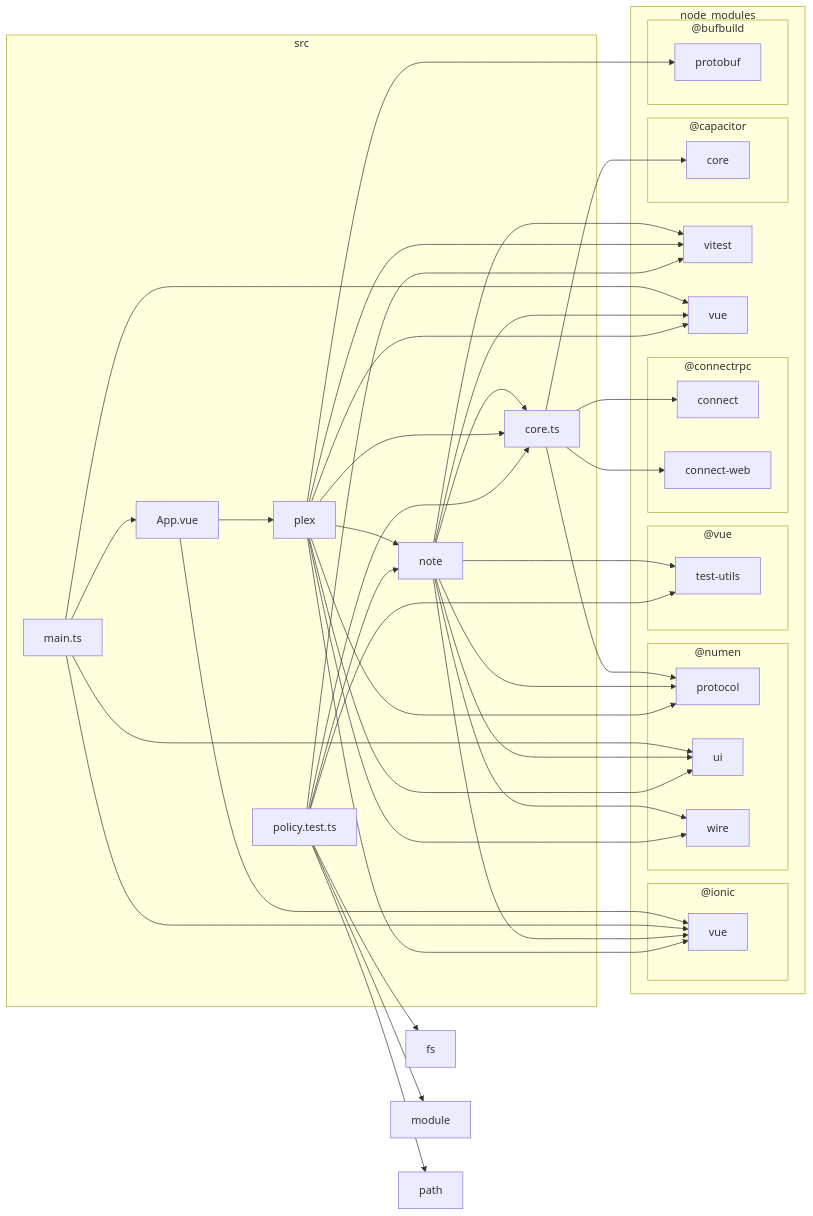
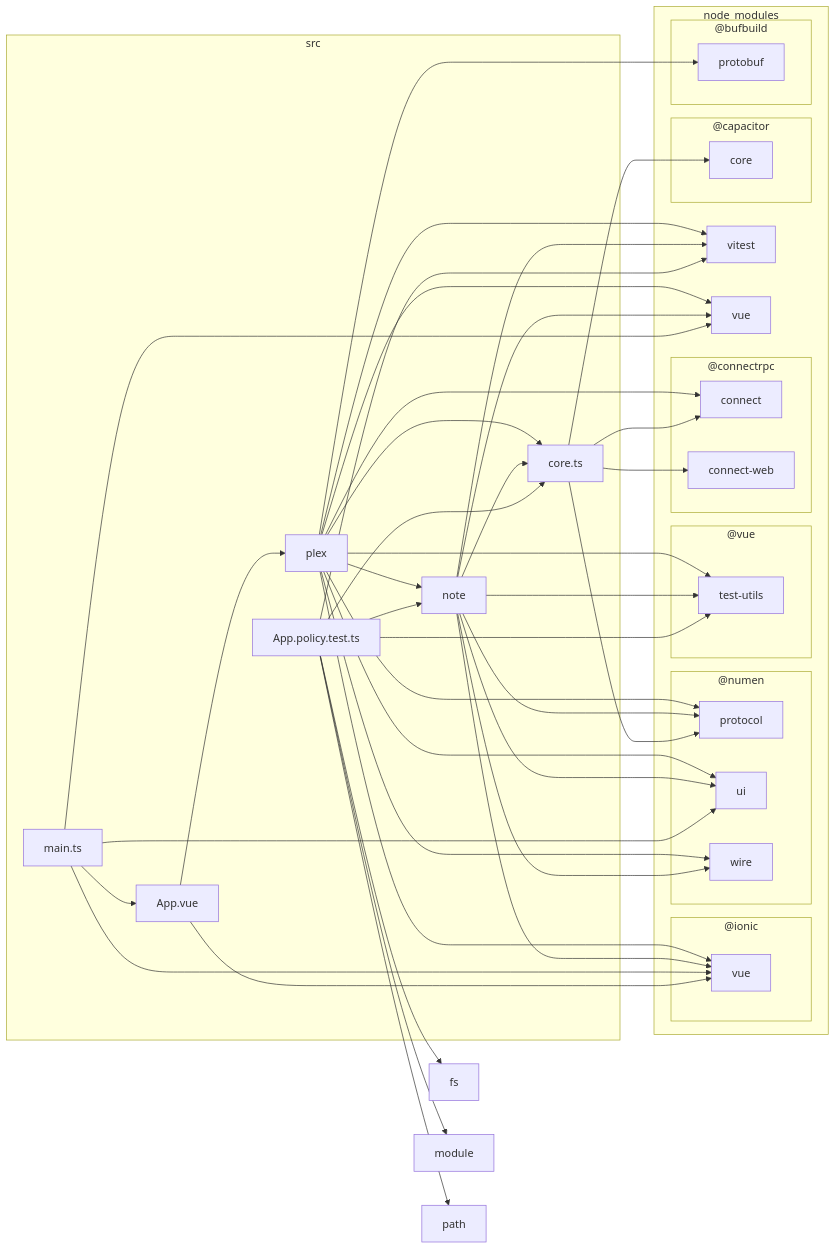
Before and after one commit to jiva-studio/numen: the fifth of 5 diagrams in docs/dependencies.md, drawn with Mermaid. The commit also changed other lines of this file, not shown here.

Commit message:
docs(repo): draw the modules as they now point
The barrel of the interface library went from 304 exports to 109, and the
components that only it held up were deleted with it. The committed drawing
still showed the edges those exports made.

Claude-Session: https://claude.ai/code/session_01NByNtbbbdLQea7cM1Rh6sd

````diff
--- a/docs/dependencies.md
+++ b/docs/dependencies.md
@@ -921,74 +913,76 @@
 ```mermaid
 flowchart LR
 
 subgraph 2["node_modules"]
 subgraph 3["@bufbuild"]
 4["protobuf"]
 end
 subgraph 5["@capacitor"]
 6["core"]
 end
 subgraph 7["@connectrpc"]
 8["connect"]
 9["connect-web"]
 end
 subgraph A["@ionic"]
 B["vue"]
 end
 subgraph C["@numen"]
 D["protocol"]
 E["ui"]
 F["wire"]
 end
 subgraph G["@vue"]
 H["test-utils"]
 end
 I["vitest"]
 J["vue"]
 end
 K["fs"]
 L["module"]
 M["path"]
 subgraph N["src"]
-O["App.vue"]
-P["core.ts"]
-Q["main.ts"]
-R["note"]
-S["plex"]
-T["policy.test.ts"]
+O["App.policy.test.ts"]
+P["App.vue"]
+Q["core.ts"]
+R["main.ts"]
+S["note"]
+T["plex"]
 end
-O-->B
+O-->H
+O-->I
+O-->K
+O-->L
+O-->M
+O-->Q
 O-->S
-P-->6
-P-->8
-P-->9
-P-->D
-Q-->B
-Q-->E
-Q-->J
-Q-->O
+P-->B
+P-->T
+Q-->6
+Q-->8
+Q-->9
+Q-->D
 R-->B
-R-->D
 R-->E
-R-->F
-R-->H
-R-->I
 R-->J
 R-->P
-S-->4
 S-->B
 S-->D
 S-->E
 S-->F
+S-->H
 S-->I
 S-->J
-S-->P
-S-->R
+S-->Q
+T-->4
+T-->8
+T-->B
+T-->D
+T-->E
+T-->F
 T-->H
 T-->I
-T-->K
-T-->L
-T-->M
-T-->P
-T-->R
+T-->J
+T-->Q
+T-->S
 ```
````
